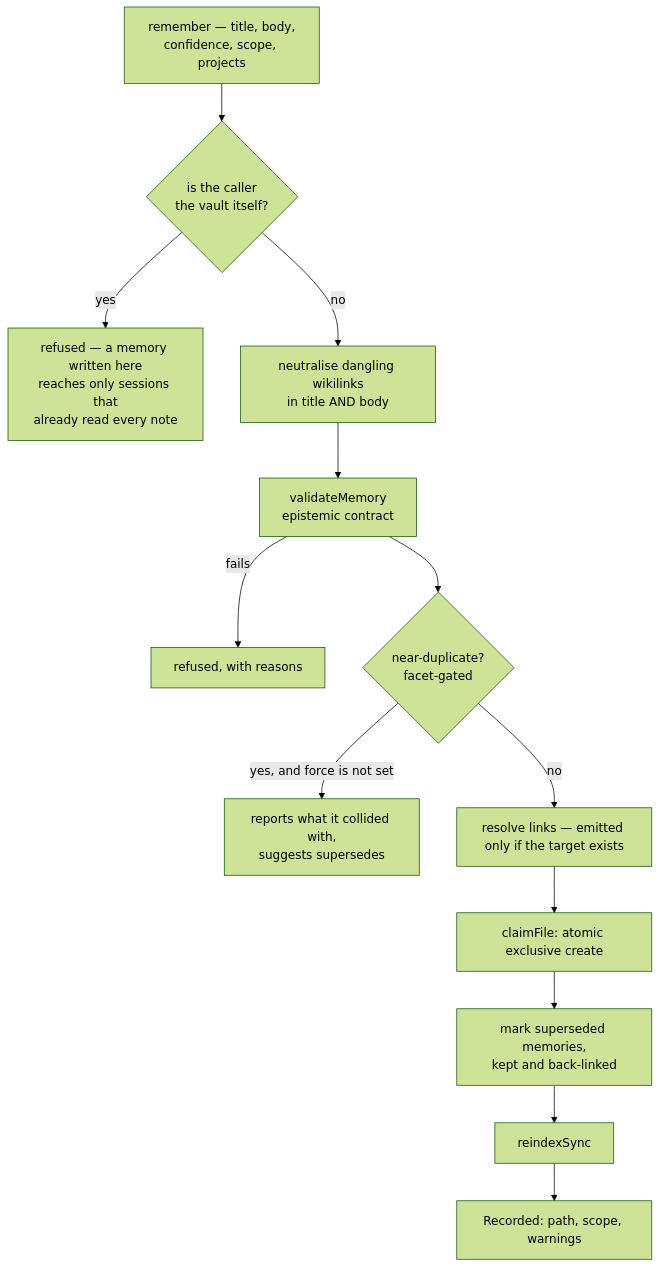
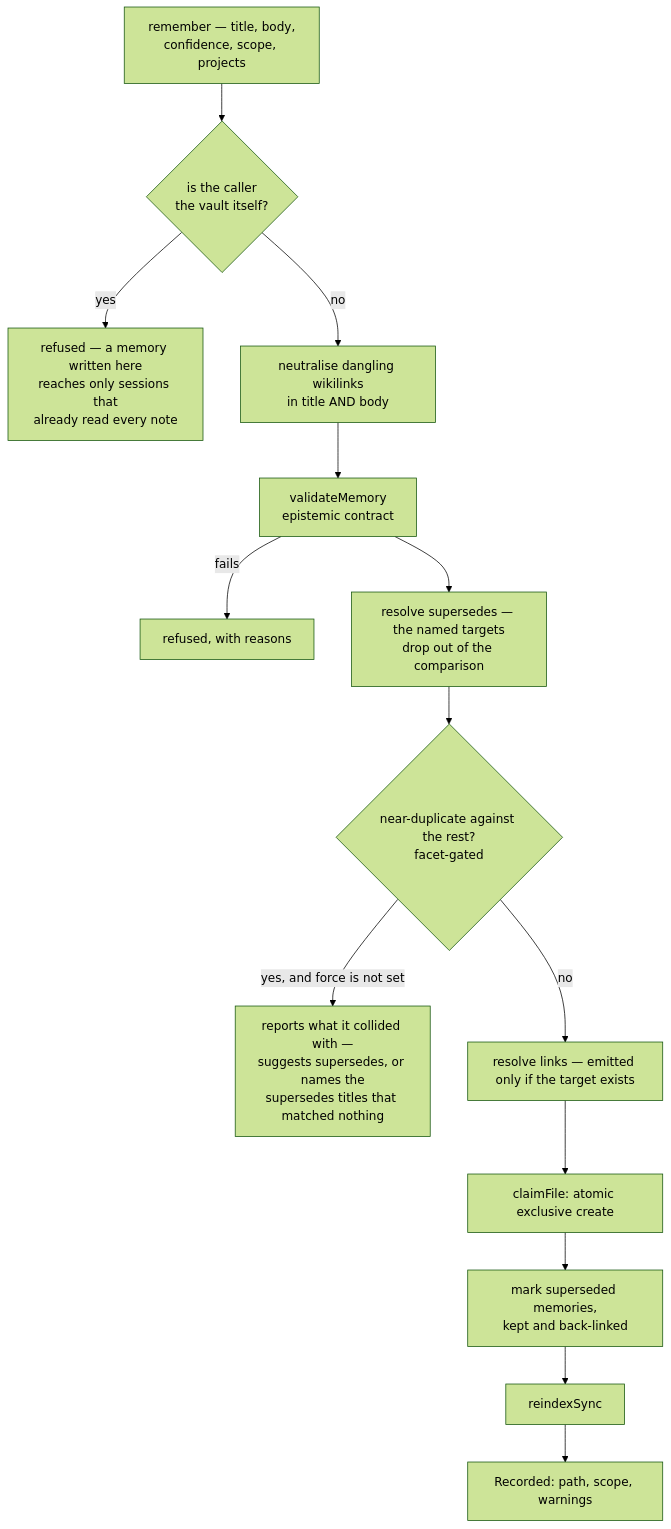
Diagram 16 of 21 in ARCHITECTURE.md (breferrari/obsidian-mind), drawn with Mermaid (forest theme) before and after one commit.

Commit message:
fix: keep the supersedes advice when only some titles missed
- give each correction test its own titles so a refusal is decided by its
  own fixture, not the correction a sibling test recorded
- assert a refused remember left the named target's file untouched, instead
  of matching a "Superseded:" line a refusal never prints
- keep the original "pass supersedes" advice when at least one title
  matched: a typo among several targets must not hide the collision hint
- draw the reorder in the write-path flowchart

````diff
--- a/ARCHITECTURE.md
+++ b/ARCHITECTURE.md
@@ -733,15 +733,16 @@
 ```mermaid
 flowchart TB
     Call["remember — title, body,<br/>confidence, scope, projects"] --> Vault{"is the caller<br/>the vault itself?"}
     Vault -->|yes| Refuse["refused — a memory written here<br/>reaches only sessions that<br/>already read every note"]
     Vault -->|no| Neut["neutralise dangling wikilinks<br/>in title AND body"]
     Neut --> Val["validateMemory<br/>epistemic contract"]
     Val -->|fails| Report["refused, with reasons"]
-    Val --> Dup{"near-duplicate?<br/>facet-gated"}
-    Dup -->|"yes, and force is not set"| Collide["reports what it collided with,<br/>suggests supersedes"]
+    Val --> Sup0["resolve supersedes — the named targets<br/>drop out of the comparison"]
+    Sup0 --> Dup{"near-duplicate against the rest?<br/>facet-gated"}
+    Dup -->|"yes, and force is not set"| Collide["reports what it collided with —<br/>suggests supersedes, or names the<br/>supersedes titles that matched nothing"]
     Dup -->|no| Links["resolve links — emitted only if the target exists"]
     Links --> Write["claimFile: atomic exclusive create"]
     Write --> Sup["mark superseded memories,<br/>kept and back-linked"]
     Sup --> Idx["reindexSync"]
     Idx --> Done["Recorded: path, scope, warnings"]
 ```
````
